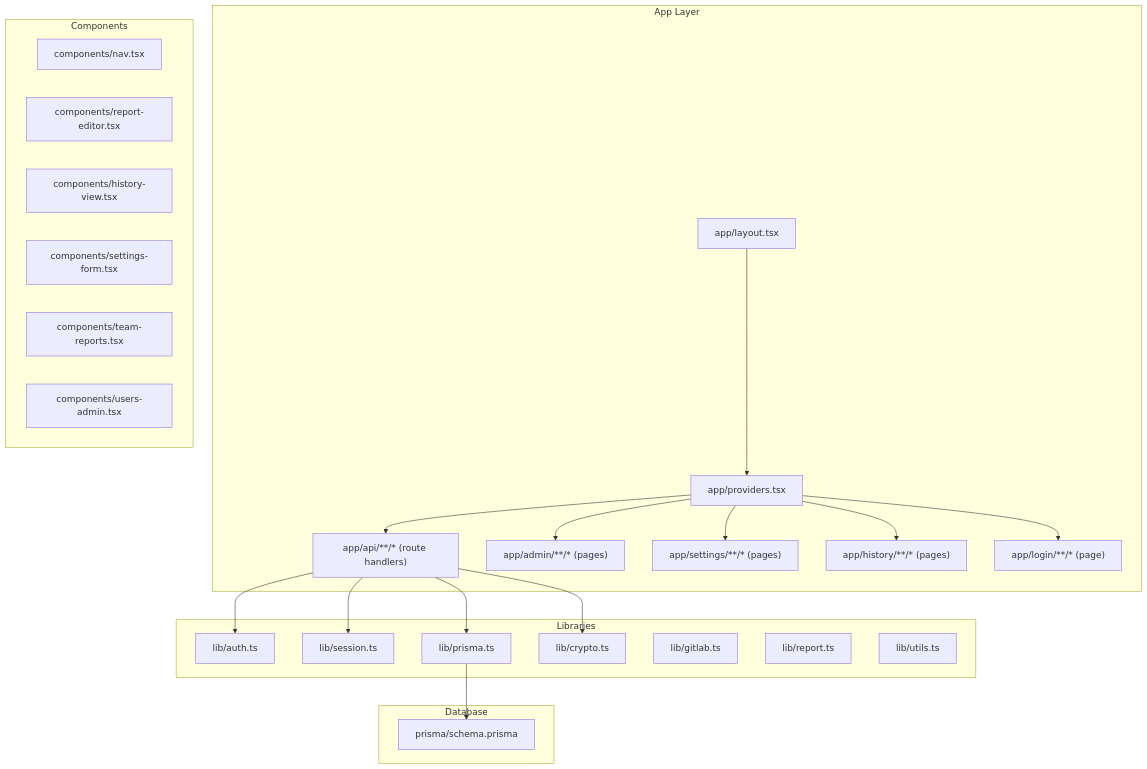
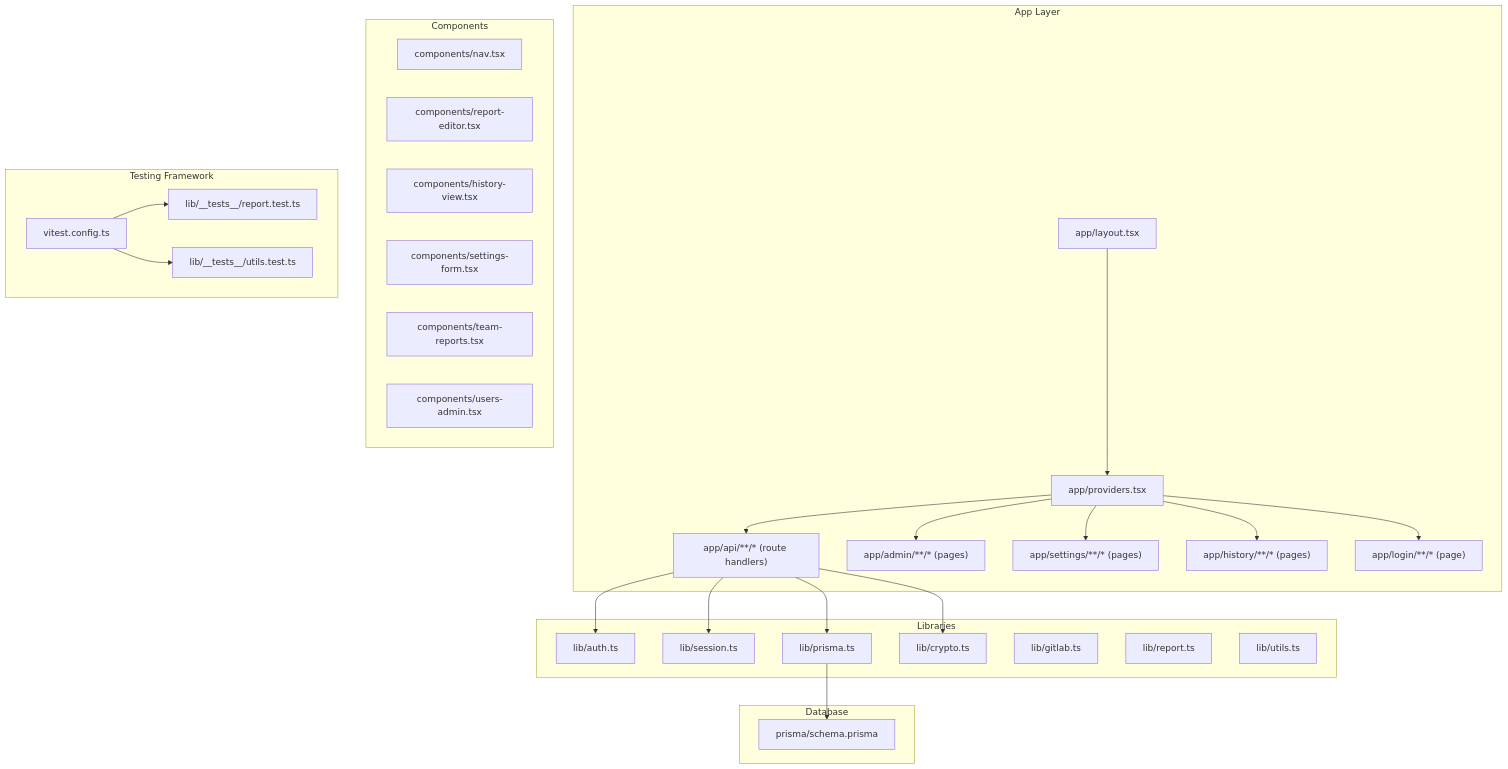
One commit to jrj444/git-daily changed the first of 8 diagrams in .qoder/repowiki/en/content/Development Guidelines.md. Above: the diagram before and after it, drawn with Mermaid. The commit also changed other lines of this file and 6 other files, not shown here.

````diff
--- a/.qoder/repowiki/en/content/Development Guidelines.md
+++ b/.qoder/repowiki/en/content/Development Guidelines.md
@@ -52,43 +66,50 @@
 ```mermaid
 graph TB
 subgraph "App Layer"
 A["app/layout.tsx"]
 B["app/providers.tsx"]
 C["app/api/**/* (route handlers)"]
 D["app/admin/**/* (pages)"]
 E["app/settings/**/* (pages)"]
 F["app/history/**/* (pages)"]
 G["app/login/**/* (page)"]
 end
 subgraph "Components"
 H["components/nav.tsx"]
 I["components/report-editor.tsx"]
 J["components/history-view.tsx"]
 K["components/settings-form.tsx"]
 L["components/team-reports.tsx"]
 M["components/users-admin.tsx"]
 end
 subgraph "Libraries"
 N["lib/auth.ts"]
 O["lib/session.ts"]
 P["lib/prisma.ts"]
 Q["lib/crypto.ts"]
 R["lib/gitlab.ts"]
 S["lib/report.ts"]
 T["lib/utils.ts"]
 end
+subgraph "Testing Framework"
+U["vitest.config.ts"]
+V["lib/__tests__/report.test.ts"]
+W["lib/__tests__/utils.test.ts"]
+end
 subgraph "Database"
-U["prisma/schema.prisma"]
+X["prisma/schema.prisma"]
 end
 A --> B
 B --> C
 B --> D
 B --> E
 B --> F
 B --> G
 C --> N
 C --> O
 C --> P
 C --> Q
-P --> U
+P --> X
+U --> V
+U --> W
 ```
````
